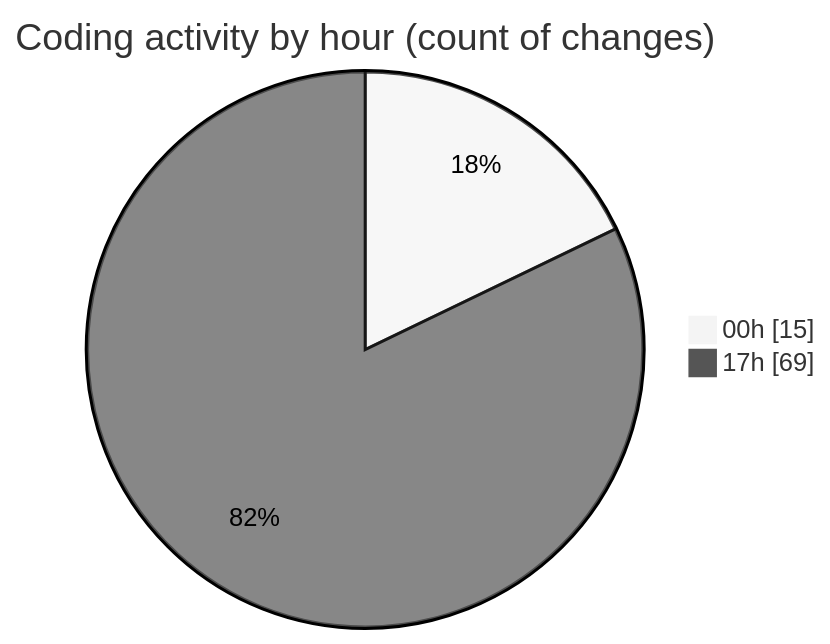
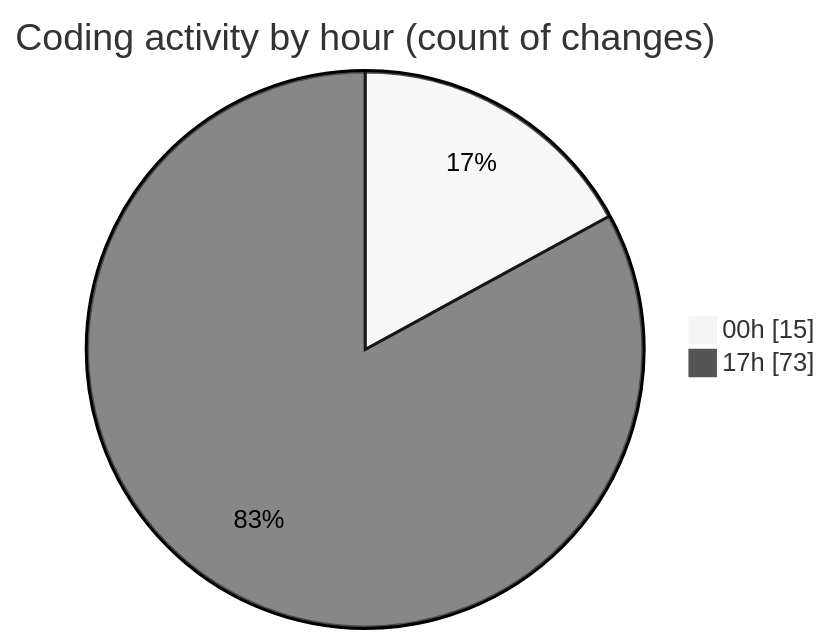
Before and after one commit to Netris89/code-tracking: the second of 2 diagrams in 2025-04-06/echo/README.md, drawn with Mermaid (neutral theme). The commit also changed other lines of this file and 1 other file, not shown here.

````diff
--- a/2025-04-06/echo/README.md
+++ b/2025-04-06/echo/README.md
@@ -37,6 +38,6 @@
 ```mermaid
 pie showData
 title Coding activity by hour (count of changes)
 "00h" : 15
-"17h" : 69
+"17h" : 73
 ```
````
